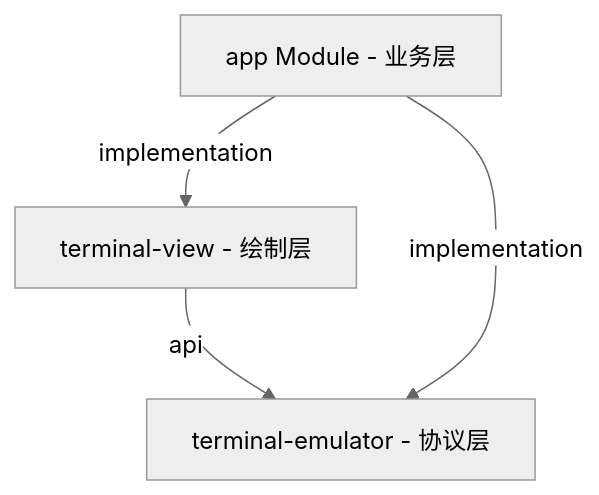
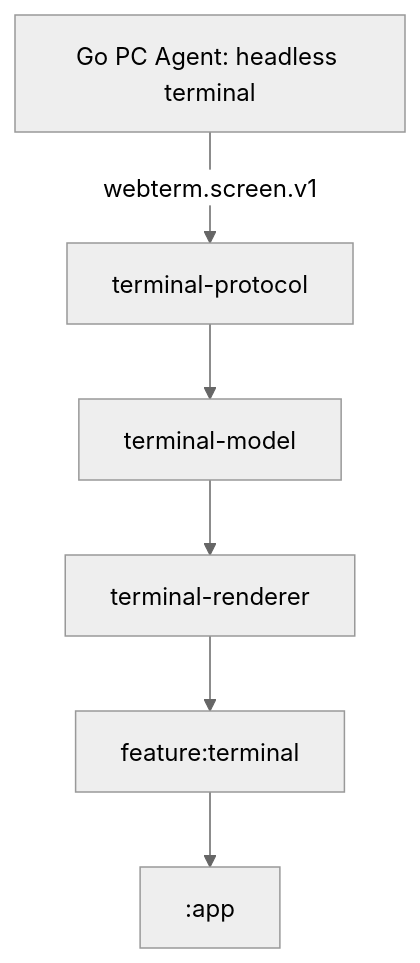
One commit to mgao92131-commits/webterm changed the diagram in android-client/README.md. Above: the diagram before and after it, drawn with Mermaid (neutral theme). The commit also changed other lines of this file and 234 other files, not shown here.

First line of the commit message:
refactor: screen-only terminal architecture baseline

````diff
--- a/android-client/README.md
+++ b/android-client/README.md
@@ -26,6 +23,8 @@
 ```mermaid
 graph TD
-    :app[app Module - 业务层] -->|implementation| :terminal-view[terminal-view - 绘制层]
-    :terminal-view -->|api| :terminal-emulator[terminal-emulator - 协议层]
-    :app -->|implementation| :terminal-emulator
+    Go[Go PC Agent: headless terminal] -->|webterm.screen.v1| Protocol[terminal-protocol]
+    Protocol --> Model[terminal-model]
+    Model --> Renderer[terminal-renderer]
+    Renderer --> Feature[feature:terminal]
+    Feature --> App[:app]
 ```
````
